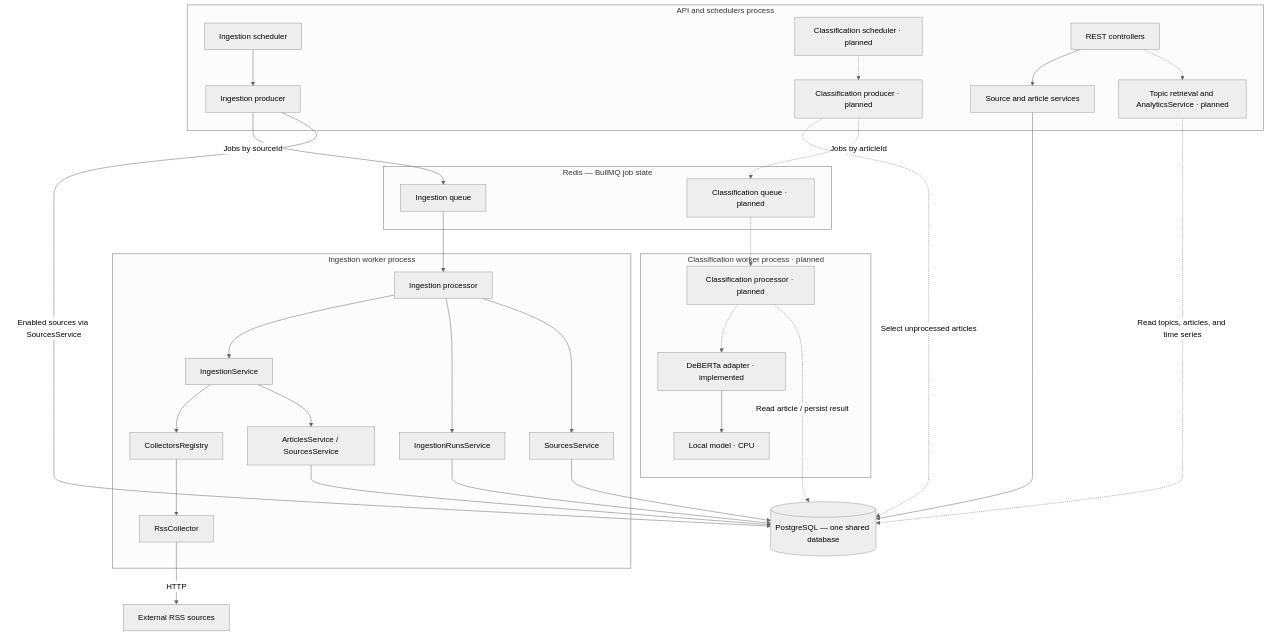
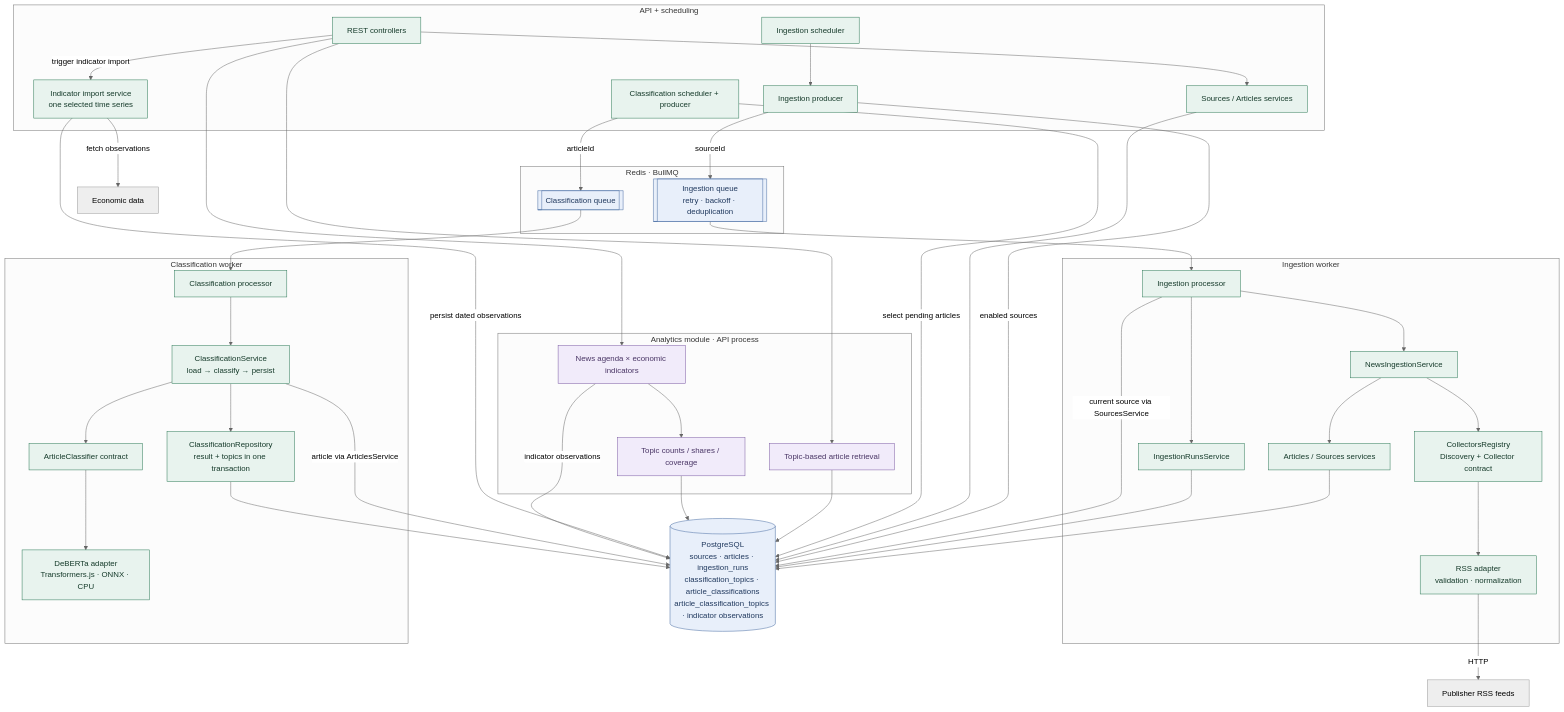
One commit to naive-algorithm/media-monitor changed the diagram in README.en.md. Above: the diagram before and after it, drawn with Mermaid (neutral theme). The commit also changed other lines of this file and 1 other file, not shown here.

Commit message:
docs: present project scope, target MVP architecture and research roadmap

````diff
--- a/README.en.md
+++ b/README.en.md
@@ -53,46 +35,62 @@
 ```mermaid
-flowchart TD
-    subgraph APP["API and schedulers process"]
-        IS["Ingestion scheduler"] --> IP["Ingestion producer"]
-        CS["Classification scheduler · planned"] -.-> CP["Classification producer · planned"]
-        API["REST controllers"] --> READ["Source and article services"]
-        API -.-> ANALYTICS["Topic retrieval and AnalyticsService · planned"]
+flowchart TB
+    subgraph APP["API + scheduling"]
+        API["REST controllers"] --> READ["Sources / Articles services"]
+        CRON["Ingestion scheduler"] --> PROD["Ingestion producer"]
+        CP["Classification scheduler + producer"]
+        IMPORT["Indicator import service<br/>one selected time series"]
     end
-
-    subgraph REDIS["Redis — BullMQ job state"]
-        IQ["Ingestion queue"]
-        CQ["Classification queue · planned"]
+    subgraph REDIS["Redis · BullMQ"]
+        IQ[["Ingestion queue<br/>retry · backoff · deduplication"]]
+        CQ[["Classification queue"]]
     end
-
-    subgraph INGEST["Ingestion worker process"]
-        PROC["Ingestion processor"] --> SERVICE["IngestionService"]
-        PROC --> RUNS["IngestionRunsService"]
-        PROC --> SOURCE["SourcesService"]
-        SERVICE --> REG["CollectorsRegistry"]
-        REG --> RSS["RssCollector"]
-        SERVICE --> SAVE["ArticlesService / SourcesService"]
+    subgraph INGEST["Ingestion worker"]
+        IP["Ingestion processor"] --> IS["NewsIngestionService"]
+        IP --> HIST["IngestionRunsService"]
+        IS --> REG["CollectorsRegistry<br/>Discovery + Collector contract"]
+        REG --> RSS["RSS adapter<br/>validation · normalization"]
+        IS --> SAVE["Articles / Sources services"]
     end
-
-    subgraph CLASSIFY["Classification worker process · planned"]
-        CPROC["Classification processor · planned"] -.-> ADAPTER["DeBERTa adapter · implemented"]
-        ADAPTER --> MODEL["Local model · CPU"]
+    subgraph CLASSIFY["Classification worker"]
+        PROC["Classification processor"] --> SERVICE["ClassificationService<br/>load → classify → persist"]
+        SERVICE --> CONTRACT["ArticleClassifier contract"]
+        CONTRACT --> MODEL["DeBERTa adapter<br/>Transformers.js · ONNX · CPU"]
+        SERVICE --> REPO["ClassificationRepository<br/>result + topics in one transaction"]
     end
-
-    DB[("PostgreSQL — one shared database")]
-    FEEDS["External RSS sources"]
-
-    IP -->|"Jobs by sourceId"| IQ
-    IP -->|"Enabled sources via SourcesService"| DB
-    IQ --> PROC
-    RSS -->|"HTTP"| FEEDS
-    RUNS --> DB
-    SOURCE --> DB
+    subgraph ANALYTICS["Analytics module · API process"]
+        QUERY["Topic-based article retrieval"]
+        SERIES["Topic counts / shares / coverage"]
+        COMPARE["News agenda × economic indicators"]
+        COMPARE --> SERIES
+    end
+    DB[("PostgreSQL<br/>sources · articles · ingestion_runs<br/>classification_topics · article_classifications<br/>article_classification_topics · indicator observations")]
+    FEEDS["Publisher RSS feeds"]
+    IND["Economic data"]
+    PROD -->|sourceId| IQ
+    PROD -->|enabled sources| DB
+    READ --> DB
+    IQ --> IP
+    RSS -->|HTTP| FEEDS
     SAVE --> DB
-    READ --> DB
-
-    CP -. "Select unprocessed articles" .-> DB
-    CP -. "Jobs by articleId" .-> CQ
-    CQ -.-> CPROC
-    CPROC -. "Read article / persist result" .-> DB
-    ANALYTICS -. "Read topics, articles, and time series" .-> DB
+    HIST --> DB
+    IP -->|current source via SourcesService| DB
+    CP -->|articleId| CQ
+    CP -->|select pending articles| DB
+    CQ --> PROC
+    SERVICE -->|article via ArticlesService| DB
+    REPO --> DB
+    API --> QUERY
+    API --> COMPARE
+    API -->|trigger indicator import| IMPORT
+    QUERY --> DB
+    SERIES --> DB
+    IMPORT -->|fetch observations| IND
+    IMPORT -->|persist dated observations| DB
+    COMPARE -->|indicator observations| DB
+    classDef application fill:#e8f3ee,stroke:#287653,color:#163b2b
+    classDef analysis fill:#f1ebfa,stroke:#7857a1,color:#493565
+    classDef storage fill:#e8effa,stroke:#4569a1,color:#20395e
+    class API,READ,CRON,PROD,CP,IP,IS,HIST,REG,RSS,SAVE,PROC,SERVICE,CONTRACT,MODEL,REPO,IMPORT application
+    class QUERY,SERIES,COMPARE analysis
+    class DB,IQ,CQ storage
 ```
````
